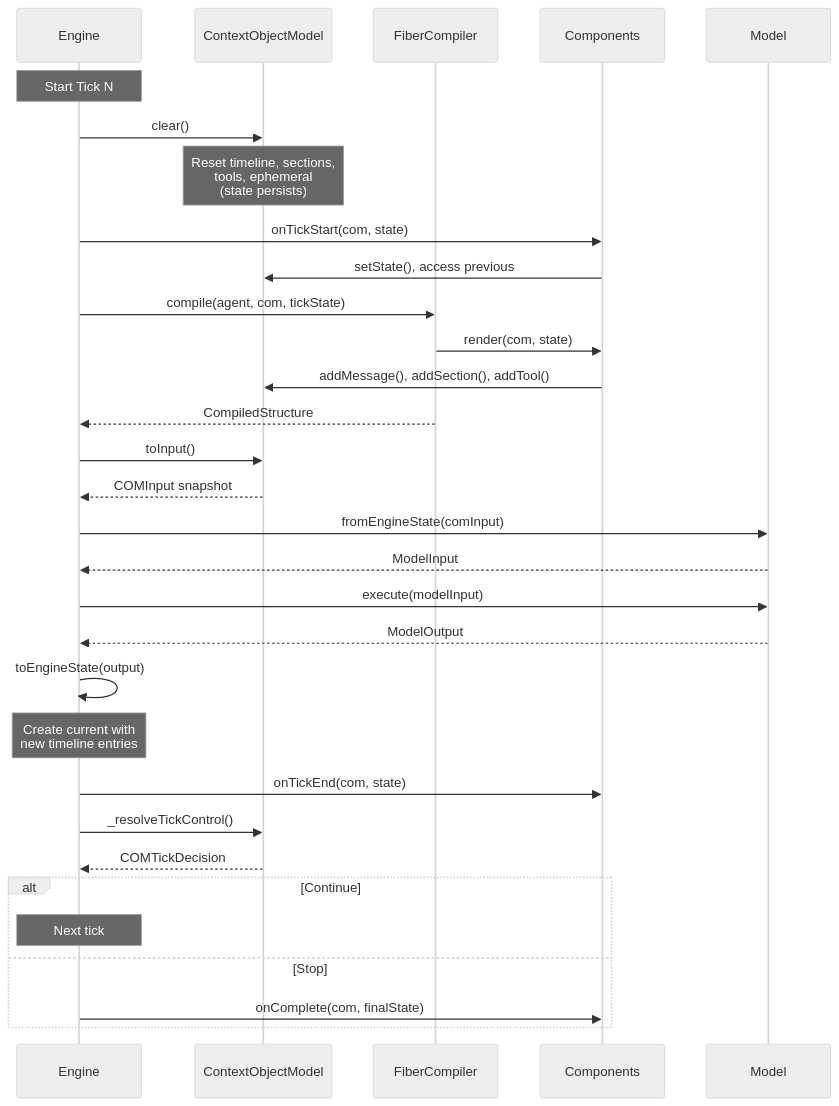
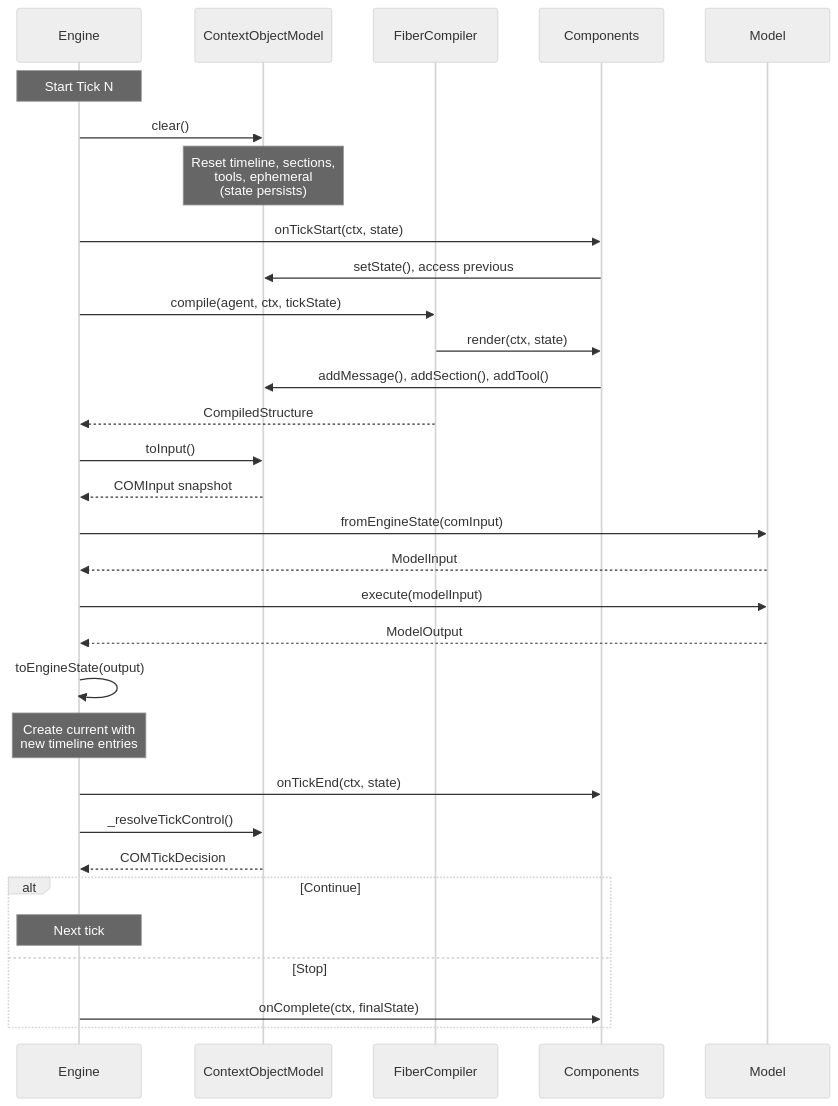
Before and after one commit to agenticklabs/agentick: the third of 4 diagrams in packages/core/src/com/ARCHITECTURE.md, drawn with Mermaid (neutral theme). The commit also changed other lines of this file and 109 other files, not shown here.

First line of the commit message:
refactor: resolve foundational "warts"   — Rename `com` parameter to `ctx` across ~50 files.   The COM type name stays; only the parameter/variable name changes.   Every lifecycle hook, tool handler, and internal function now uses `ctx`

````diff
--- a/packages/core/src/com/ARCHITECTURE.md
+++ b/packages/core/src/com/ARCHITECTURE.md
@@ -525,45 +524,45 @@
 ```mermaid
 sequenceDiagram
     participant Engine
     participant COM as ContextObjectModel
     participant Compiler as FiberCompiler
     participant Components
     participant Model
 
     Note over Engine: Start Tick N
 
     Engine->>COM: clear()
     Note over COM: Reset timeline, sections,<br/>tools, ephemeral<br/>(state persists)
 
-    Engine->>Components: onTickStart(com, state)
+    Engine->>Components: onTickStart(ctx, state)
     Components->>COM: setState(), access previous
 
-    Engine->>Compiler: compile(agent, com, tickState)
-    Compiler->>Components: render(com, state)
+    Engine->>Compiler: compile(agent, ctx, tickState)
+    Compiler->>Components: render(ctx, state)
     Components->>COM: addMessage(), addSection(), addTool()
 
     Compiler-->>Engine: CompiledStructure
 
     Engine->>COM: toInput()
     COM-->>Engine: COMInput snapshot
 
     Engine->>Model: fromEngineState(comInput)
     Model-->>Engine: ModelInput
 
     Engine->>Model: execute(modelInput)
     Model-->>Engine: ModelOutput
 
     Engine->>Engine: toEngineState(output)
     Note over Engine: Create current with<br/>new timeline entries
 
-    Engine->>Components: onTickEnd(com, state)
+    Engine->>Components: onTickEnd(ctx, state)
 
     Engine->>COM: _resolveTickControl()
     COM-->>Engine: COMTickDecision
 
     alt Continue
         Note over Engine: Next tick
     else Stop
-        Engine->>Components: onComplete(com, finalState)
+        Engine->>Components: onComplete(ctx, finalState)
     end
 ```
````
